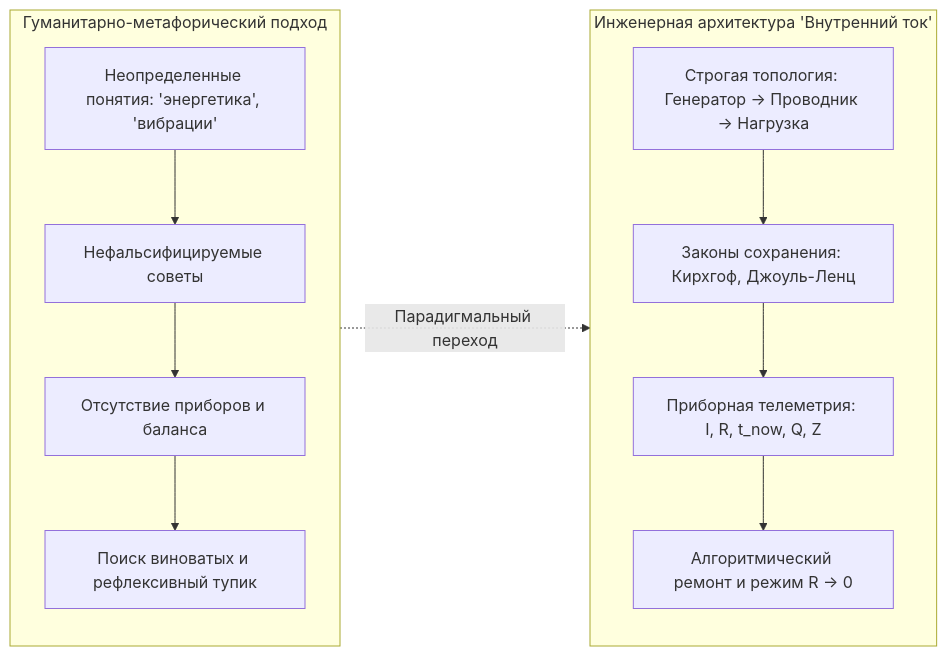
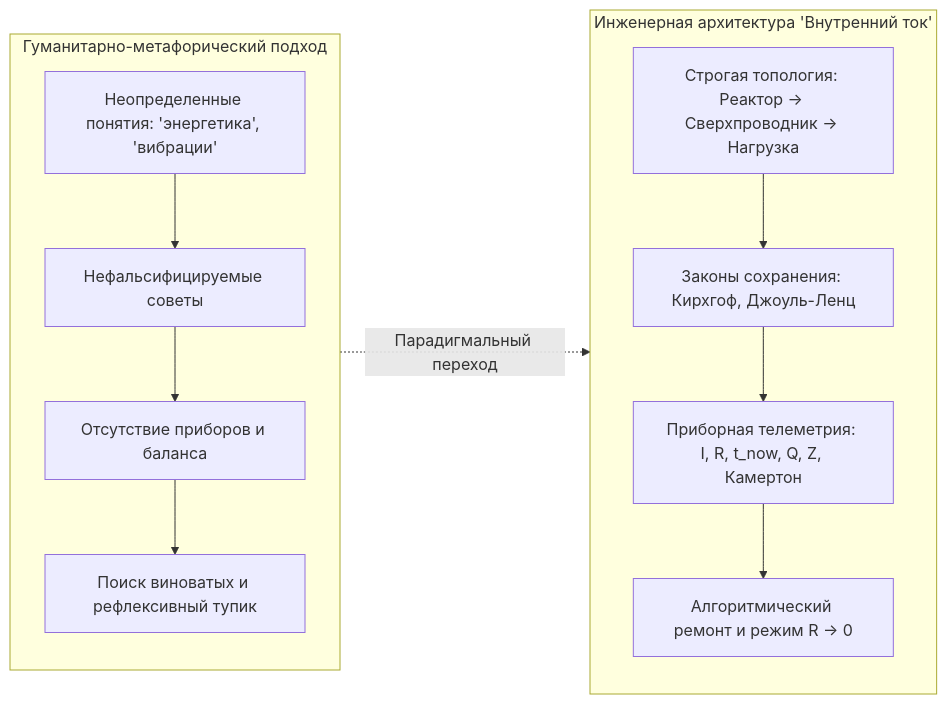
One commit to vsanyanov-ux/inner-current changed the first of 6 diagrams in wiki/Inner Current (Whitepaper — Variant 2 Pure Engineering Architecture).md. Above: the diagram before and after it, drawn with Mermaid. The commit also changed other lines of this file and 86 other files, not shown here.

````diff
--- a/wiki/Inner Current (Whitepaper — Variant 2 Pure Engineering Architecture).md
+++ b/wiki/Inner Current (Whitepaper — Variant 2 Pure Engineering Architecture).md
@@ -33,18 +37,18 @@
 ```mermaid
 flowchart LR
     subgraph PopPsych["Гуманитарно-метафорический подход"]
         direction TB
         A1["Неопределенные понятия: 'энергетика', 'вибрации'"] --> A2["Нефальсифицируемые советы"]
         A2 --> A3["Отсутствие приборов и баланса"]
         A3 --> A4["Поиск виноватых и рефлексивный тупик"]
     end
 
     subgraph Engineering["Инженерная архитектура 'Внутренний ток'"]
         direction TB
-        B1["Строгая топология: Генератор -> Проводник -> Нагрузка"] --> B2["Законы сохранения: Кирхгоф, Джоуль-Ленц"]
-        B2 --> B3["Приборная телеметрия: I, R, t_now, Q, Z"]
+        B1["Строгая топология: Реактор -> Сверхпроводник -> Нагрузка"] --> B2["Законы сохранения: Кирхгоф, Джоуль-Ленц"]
+        B2 --> B3["Приборная телеметрия: I, R, t_now, Q, Z, Камертон"]
         B3 --> B4["Алгоритмический ремонт и режим R -> 0"]
     end
 
     PopPsych -.->|"Парадигмальный переход"| Engineering
 ```
````
